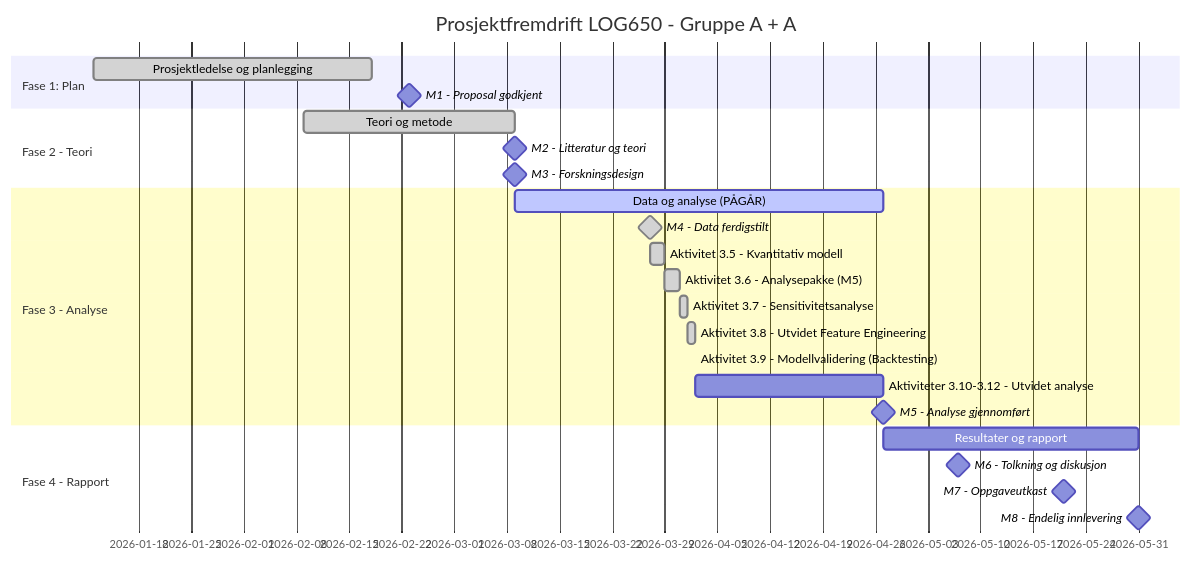
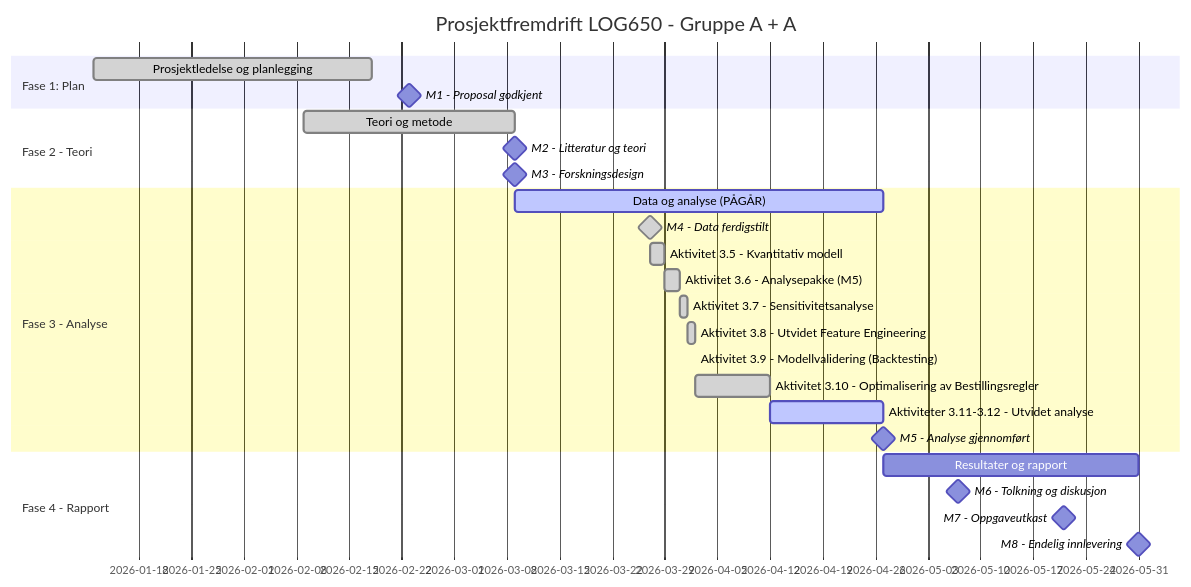
One commit to LOG650/G02-a-pluss-a changed the diagram in 012 fase 2 - plan/status.md. Above: the diagram before and after it, drawn with Mermaid. The commit also changed other lines of this file and 6 other files, not shown here.

````diff
--- a/012 fase 2 - plan/status.md
+++ b/012 fase 2 - plan/status.md
@@ -21,27 +21,28 @@
 ```mermaid
 gantt
     title Prosjektfremdrift LOG650 - Gruppe A + A
     dateFormat  YYYY-MM-DD
     section Fase 1: Plan
     Prosjektledelse og planlegging :done, 2026-01-12, 2026-02-18
     M1 - Proposal godkjent :milestone, 2026-02-23, 0d
     section Fase 2 - Teori
     Teori og metode :done, 2026-02-09, 2026-03-09
     M2 - Litteratur og teori :milestone, 2026-03-09, 0d
     M3 - Forskningsdesign :milestone, 2026-03-09, 0d
     section Fase 3 - Analyse
     Data og analyse (PÅGÅR) :active, 2026-03-09, 2026-04-27
     M4 - Data ferdigstilt :done, milestone, 2026-03-27, 0d
     Aktivitet 3.5 - Kvantitativ modell :done, 2026-03-27, 2026-03-29
     Aktivitet 3.6 - Analysepakke (M5) :done, 2026-03-29, 2026-03-31
     Aktivitet 3.7 - Sensitivitetsanalyse :done, 2026-03-31, 2026-04-01
     Aktivitet 3.8 - Utvidet Feature Engineering :done, 2026-04-01, 2026-04-02
     Aktivitet 3.9 - Modellvalidering (Backtesting) :done, 2026-04-02, 2026-04-02
-    Aktiviteter 3.10-3.12 - Utvidet analyse : 2026-04-02, 2026-04-27
+    Aktivitet 3.10 - Optimalisering av Bestillingsregler :done, 2026-04-02, 2026-04-12
+    Aktiviteter 3.11-3.12 - Utvidet analyse :active, 2026-04-12, 2026-04-27
     M5 - Analyse gjennomført :milestone, 2026-04-27, 0d
     section Fase 4 - Rapport
     Resultater og rapport : 2026-04-27, 2026-05-31
     M6 - Tolkning og diskusjon :milestone, 2026-05-07, 0d
     M7 - Oppgaveutkast :milestone, 2026-05-21, 0d
     M8 - Endelig innlevering :milestone, 2026-05-31, 0d
 ```
````
